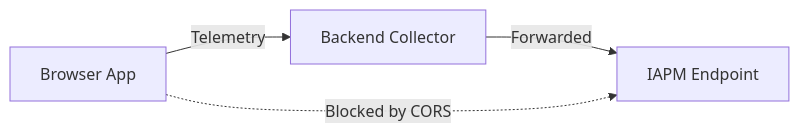
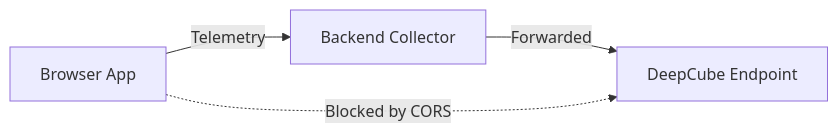
The second of 2 diagrams in docs/DC/Web/Troubleshooting/index.md (ImmersiveFusion/deepcube-docs), drawn with Mermaid before and after one commit. The commit also changed other lines of this file and 99 other files, not shown here.

First line of the commit message:
docs(rename): IAPM to DeepCube, prose track only (SP-074 stream A)

````diff
--- a/docs/DC/Web/Troubleshooting/index.md
+++ b/docs/DC/Web/Troubleshooting/index.md
@@ -122,6 +122,6 @@
 ```mermaid
 graph LR
     A[Browser App] -->|Telemetry| B[Backend Collector]
-    B -->|Forwarded| C[IAPM Endpoint]
+    B -->|Forwarded| C[DeepCube Endpoint]
     A -.->|Blocked by CORS| C
 ```
````
